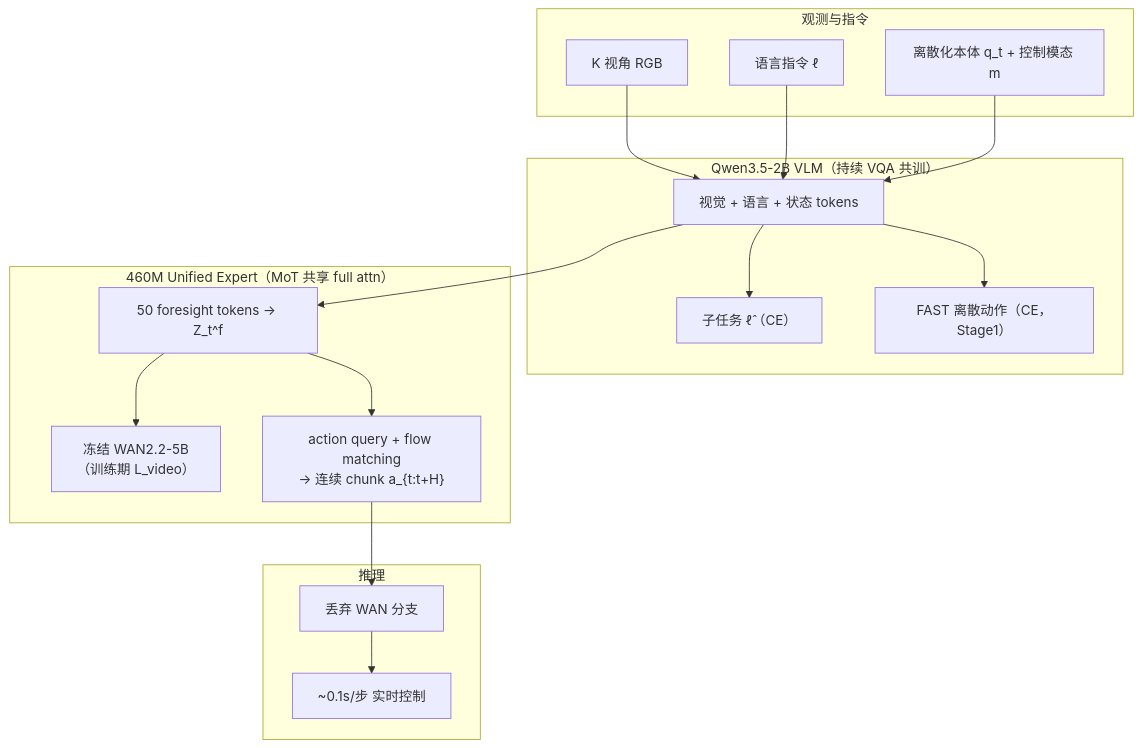
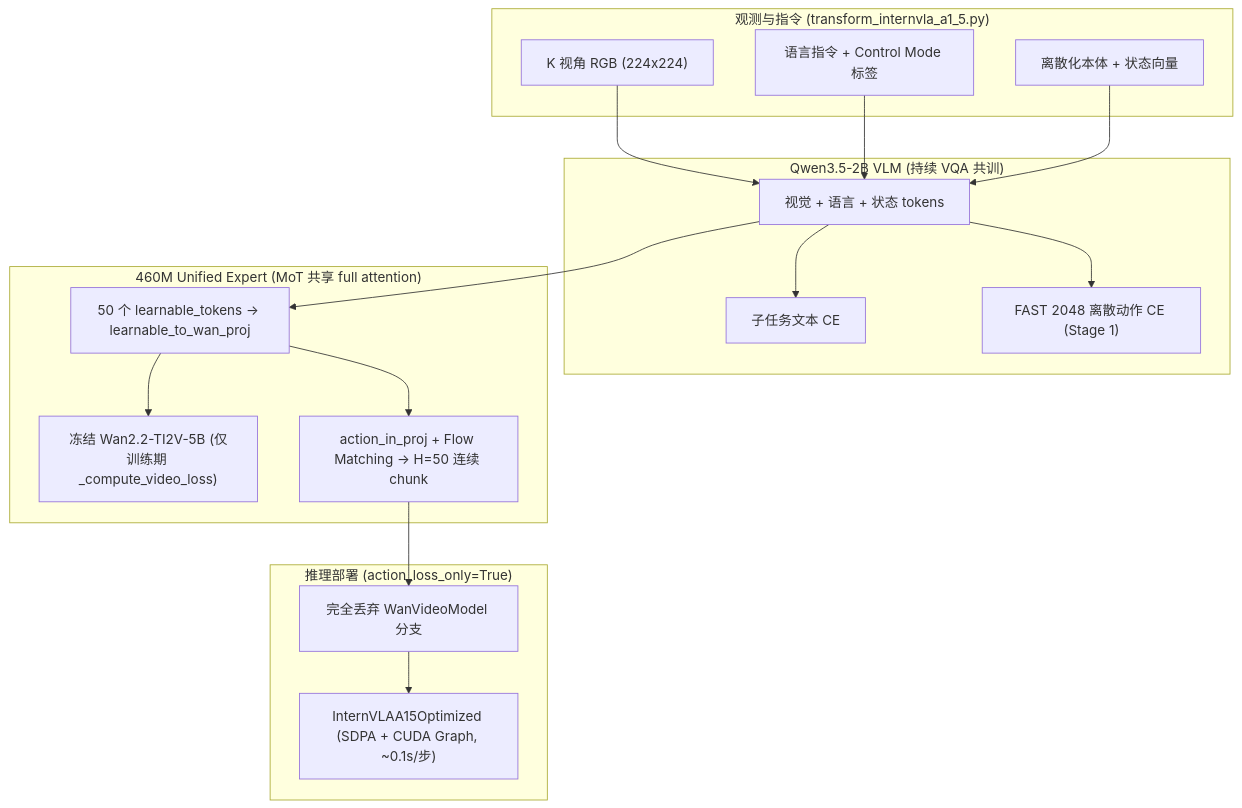
Before and after one commit to ImChong/Robotics_Notebooks: the first of 2 diagrams in wiki/entities/paper-internvla-a15-unified-vla.md, drawn with Mermaid. The commit also changed other lines of this file and 192 other files, not shown here.

Commit message:
[2026-11-14] ingest | roadmap/depth-vla.md — 补齐 VLA 纵深路线全部节点原文证据与满分健康度

````diff
--- a/wiki/entities/paper-internvla-a15-unified-vla.md
+++ b/wiki/entities/paper-internvla-a15-unified-vla.md
@@ -74,31 +94,31 @@
 ```mermaid
 flowchart TB
-  subgraph inputs [观测与指令]
-    img["K 视角 RGB"]
-    lang["语言指令 ℓ"]
-    state["离散化本体 q_t + 控制模态 m"]
+  subgraph inputs ["观测与指令 (transform_internvla_a1_5.py)"]
+    img["K 视角 RGB (224x224)"]
+    lang["语言指令 + Control Mode 标签"]
+    state["离散化本体 + 状态向量"]
   end
-  subgraph vlm ["Qwen3.5-2B VLM（持续 VQA 共训）"]
+  subgraph vlm ["Qwen3.5-2B VLM (持续 VQA 共训)"]
     enc["视觉 + 语言 + 状态 tokens"]
-    sub["子任务 ℓ̂（CE）"]
-    fast["FAST 离散动作（CE，Stage1）"]
+    sub["子任务文本 CE"]
+    fast["FAST 2048 离散动作 CE (Stage 1)"]
     img --> enc
     lang --> enc
     state --> enc
     enc --> sub
     enc --> fast
   end
-  subgraph expert ["460M Unified Expert（MoT 共享 full attn）"]
-    fq["50 foresight tokens → Z_t^f"]
-    wan["冻结 WAN2.2-5B\n（训练期 L_video）"]
-    act["action query + flow matching\n→ 连续 chunk a_{t:t+H}"]
+  subgraph expert ["460M Unified Expert (MoT 共享 full attention)"]
+    fq["50 个 learnable_tokens -> learnable_to_wan_proj"]
+    wan["冻结 Wan2.2-TI2V-5B (仅训练期 _compute_video_loss)"]
+    act["action_in_proj + Flow Matching -> H=50 连续 chunk"]
     enc --> fq
     fq --> wan
     fq --> act
   end
-  subgraph infer [推理]
-    drop["丢弃 WAN 分支"]
-    rt["~0.1s/步 实时控制"]
+  subgraph infer ["推理部署 (action_loss_only=True)"]
+    drop["完全丢弃 WanVideoModel 分支"]
+    rt["InternVLAA15Optimized (SDPA + CUDA Graph, ~0.1s/步)"]
     act --> drop --> rt
   end
 ```
````
